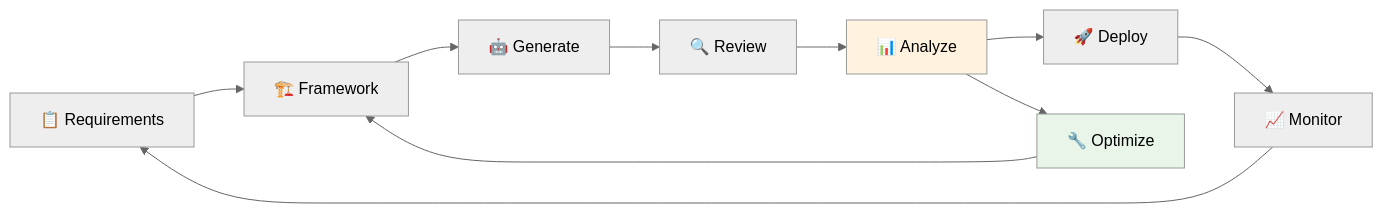
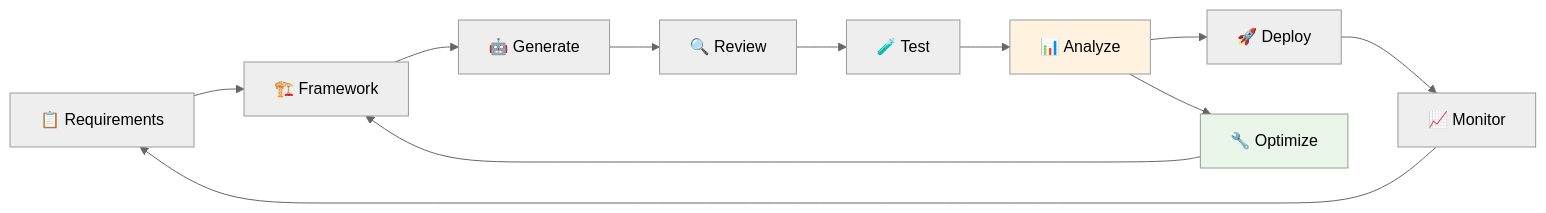
The diagram in README.md (Jita81/CODEMETRICS), drawn with Mermaid (neutral theme) before and after one commit. The commit also changed other lines of this file and 7 other files, not shown here.

````diff
--- a/README.md
+++ b/README.md
@@ -75,16 +78,17 @@
 ```mermaid
 graph LR
     A[📋 Requirements] --> B[🏗️ Framework]
     B --> C[🤖 Generate]
     C --> D[🔍 Review]
-    D --> E[📊 Analyze]
-    E --> F[🚀 Deploy]
-    F --> G[📈 Monitor]
-    G --> A
+    D --> E[🧪 Test]
+    E --> F[📊 Analyze]
+    F --> G[🚀 Deploy]
+    G --> H[📈 Monitor]
+    H --> A
     
-    E --> H[🔧 Optimize]
-    H --> B
+    F --> I[🔧 Optimize]
+    I --> B
     
-    style E fill:#fff3e0
-    style H fill:#e8f5e8
+    style F fill:#fff3e0
+    style I fill:#e8f5e8
 ```
````
